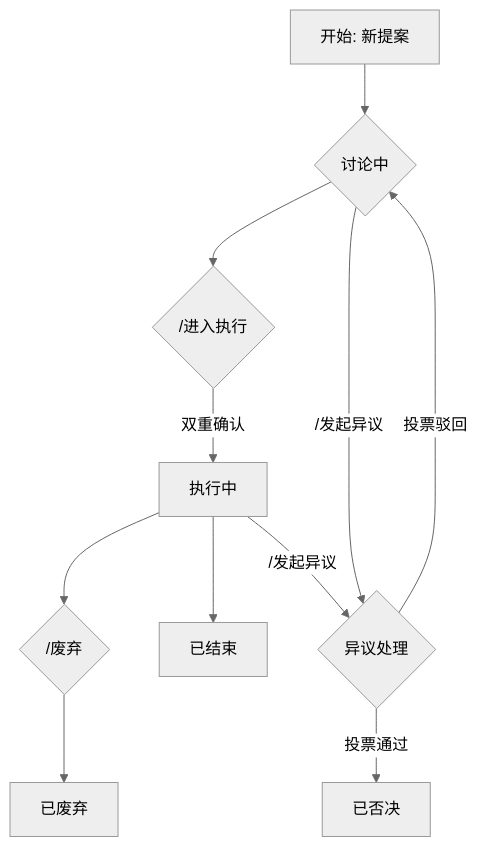
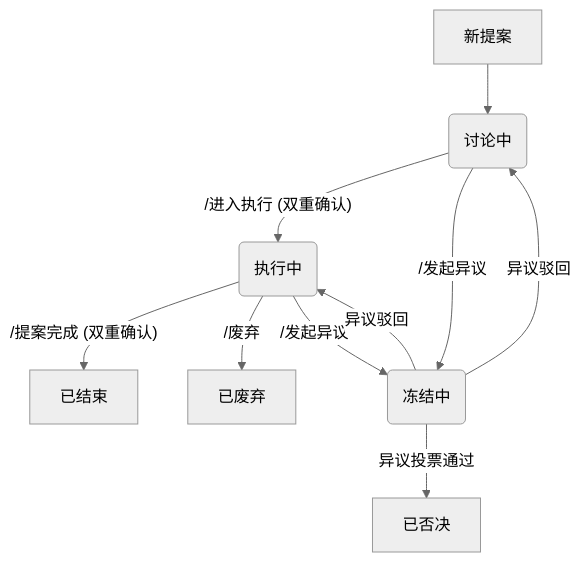
The diagram in README.md (warming-afternoon/StellariaPact), drawn with Mermaid (neutral theme) before and after one commit. The commit also changed other lines of this file, not shown here.

````diff
--- a/README.md
+++ b/README.md
@@ -9,13 +9,12 @@
 ```mermaid
 graph TD
-    A[开始: 新提案] --> B{讨论中};
-    B --> C{/进入执行};
-    C -- 双重确认 --> D[执行中];
-    D --> E{/废弃};
-    D --> F[已结束];
-    E --> G[已废弃];
-    B -- /发起异议 --> H{异议处理};
-    H -- 投票通过 --> I[已否决];
-    H -- 投票驳回 --> B;
-    D -- /发起异议 --> H;
+    A[新提案] --> B(讨论中);
+    B -- "/进入执行 (双重确认)" --> C(执行中);
+    C -- "/提案完成 (双重确认)" --> D[已结束];
+    C -- "/废弃" --> E[已废弃];
+    B -- "/发起异议" --> F(冻结中);
+    C -- "/发起异议" --> F;
+    F -- "异议投票通过" --> G[已否决];
+    F -- "异议驳回" --> B;
+    F -- "异议驳回" --> C;
 ```
````
